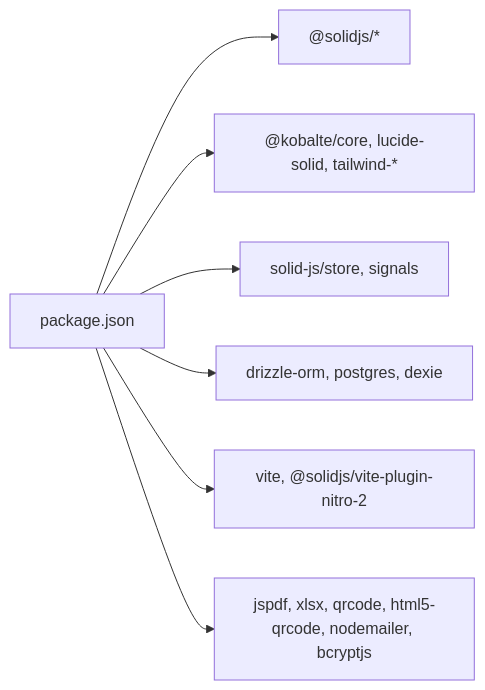
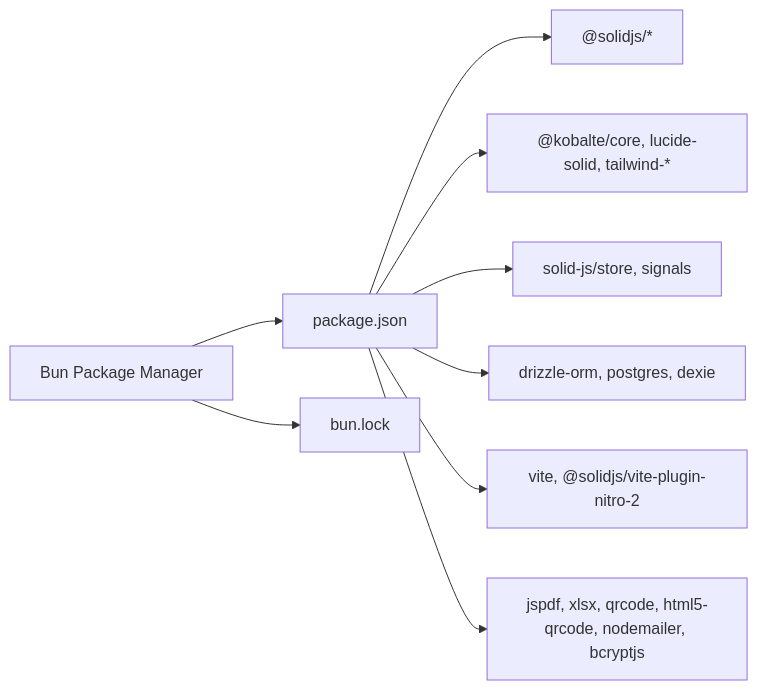
Before and after one commit to riod94/ngepos: the ninth of 10 diagrams in .qoder/repowiki/en/content/Development Guidelines/Development Guidelines.md, drawn with Mermaid. The commit also changed other lines of this file and 51 other files, not shown here.

````diff
--- a/.qoder/repowiki/en/content/Development Guidelines/Development Guidelines.md
+++ b/.qoder/repowiki/en/content/Development Guidelines/Development Guidelines.md
@@ -371,9 +452,11 @@
 ```mermaid
 graph LR
 P["package.json"] --> Solid["@solidjs/*"]
 P --> UI["@kobalte/core, lucide-solid, tailwind-*"]
 P --> State["solid-js/store, signals"]
 P --> DB["drizzle-orm, postgres, dexie"]
 P --> Build["vite, @solidjs/vite-plugin-nitro-2"]
 P --> Utils["jspdf, xlsx, qrcode, html5-qrcode, nodemailer, bcryptjs"]
+PM["Bun Package Manager"] --> P
+PM --> Lock["bun.lock"]
 ```
````
